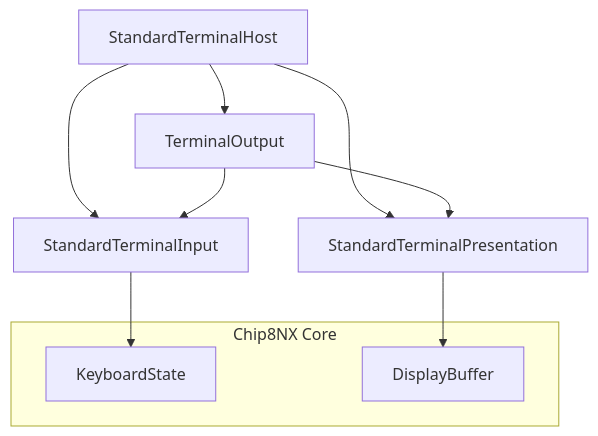
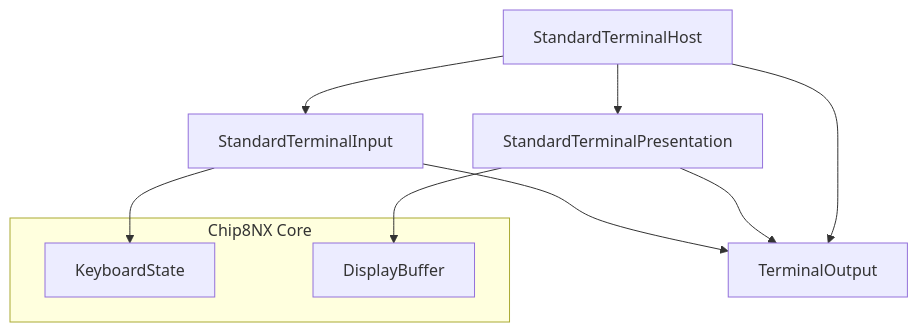
Before and after one commit to fa-ribeiro/Chip8NX: the first of 5 diagrams in docs/guides/terminal-composition-levels.md, drawn with Mermaid. The commit also changed other lines of this file, not shown here.

Commit message:
Correct arrows direction in mermaid diagram

````diff
--- a/docs/guides/terminal-composition-levels.md
+++ b/docs/guides/terminal-composition-levels.md
@@ -17,23 +17,23 @@
 ```mermaid
 flowchart TB
     subgraph Core["Chip8NX Core"]
         KeyboardState["KeyboardState"]
         Buffer["DisplayBuffer"]
     end
 
     Host["StandardTerminalHost"]
     Output["TerminalOutput"]
 
     Presentation["StandardTerminalPresentation"]
     InputKit["StandardTerminalInput"]
 
     Host --> Output
     Host --> Presentation
     Host --> InputKit
 
     Presentation --> Buffer
     InputKit --> KeyboardState
 
-    Output --> Presentation
-    Output --> InputKit
+    Presentation --> Output
+    InputKit --> Output
 ```
````
